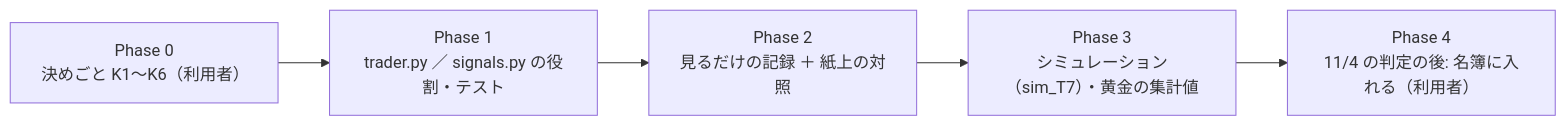
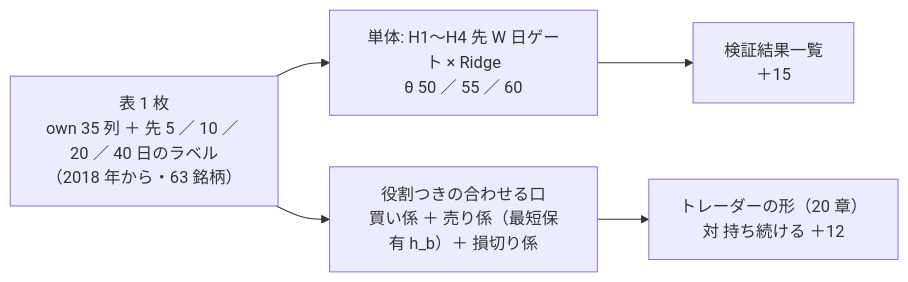
One commit to akiraak/ai-income-lab changed the second of 5 diagrams in docs/plans/trader-model-roles.md. Above: the diagram before and after it, drawn with Mermaid. The commit also changed other lines of this file and 18 other files, not shown here.

````diff
--- a/docs/plans/trader-model-roles.md
+++ b/docs/plans/trader-model-roles.md
@@ -74,7 +69,7 @@
 ```mermaid
 flowchart LR
-  P0["Phase 0<br/>決めごと K1〜K6（利用者）"] --> P1["Phase 1<br/>trader.py ／ signals.py の役割・テスト"]
-  P1 --> P2["Phase 2<br/>見るだけの記録 ＋ 紙上の対照"]
-  P2 --> P3["Phase 3<br/>シミュレーション（sim_T7）・黄金の集計値"]
-  P3 --> P4["Phase 4<br/>11/4 の判定の後: 名簿に入れる（利用者）"]
+  T["表 1 枚<br/>own 35 列 ＋ 先 5 ／ 10 ／ 20 ／ 40 日のラベル<br/>（2018 年から・63 銘柄）"] --> H["単体: H1〜H4 先 W 日ゲート × Ridge<br/>θ 50 ／ 55 ／ 60"]
+  T --> M["役割つきの合わせる口<br/>買い係 ＋ 売り係（最短保有 h_b）＋ 損切り係"]
+  H --> L["検証結果一覧<br/>＋15"]
+  M --> J["トレーダーの形（20 章）<br/>対 持ち続ける ＋12"]
 ```
````
